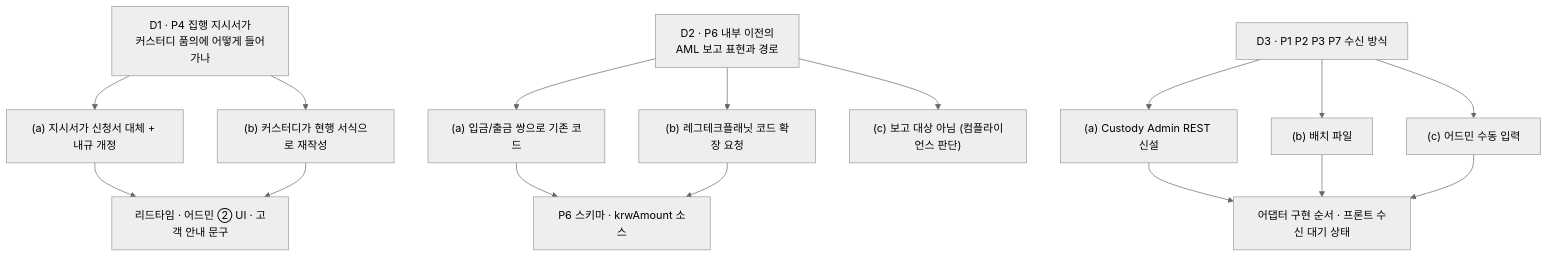
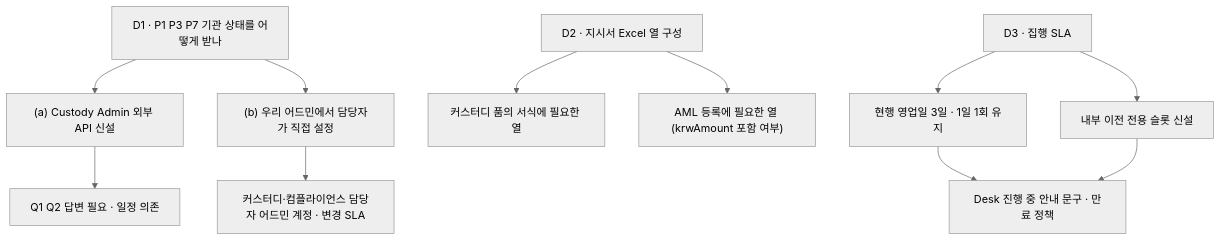
Before and after one commit to dsrvlabs/dsrv-desk: the seventh of 7 diagrams in drafts/36_플랫폼_커스터디_연동_범위_설명자료.md, drawn with Mermaid (neutral theme). The commit also changed other lines of this file and 1 other file, not shown here.

Commit message:
drafts/36 v2: 주고받는 방식 확정 4건 반영(지시서 Excel·txHash 입력·온체인 잔고 직접 조회·AML 보고 데이터 미제공), API 후보 7→3 · drafts/35 헤더에 v2 결정 메모

````diff
--- a/drafts/36_플랫폼_커스터디_연동_범위_설명자료.md
+++ b/drafts/36_플랫폼_커스터디_연동_범위_설명자료.md
@@ -282,16 +286,13 @@
 ```mermaid
 flowchart TD
-  D1["D1 · P4 집행 지시서가<br/>커스터디 품의에 어떻게 들어가나"]
-  D1 --> D1a["(a) 지시서가 신청서 대체 + 내규 개정"] & D1b["(b) 커스터디가 현행 서식으로 재작성"]
-  D1a --> E1["리드타임 · 어드민 ② UI · 고객 안내 문구"]
-  D1b --> E1
-  D2["D2 · P6 내부 이전의<br/>AML 보고 표현과 경로"]
-  D2 --> D2a["(a) 입금/출금 쌍으로 기존 코드"] & D2b["(b) 레그테크플래닛 코드 확장 요청"] & D2c["(c) 보고 대상 아님 (컴플라이언스 판단)"]
-  D2a --> E2["P6 스키마 · krwAmount 소스"]
-  D2b --> E2
-  D3["D3 · P1 P2 P3 P7 수신 방식"]
-  D3 --> D3a["(a) Custody Admin REST 신설"] & D3b["(b) 배치 파일"] & D3c["(c) 어드민 수동 입력"]
-  D3a --> E3["어댑터 구현 순서 · 프론트 수신 대기 상태"]
+  D1["D1 · P1 P3 P7 기관 상태를 어떻게 받나"]
+  D1 --> D1a["(a) Custody Admin 외부 API 신설"] & D1b["(b) 우리 어드민에서 담당자가 직접 설정"]
+  D1a --> E1["Q1 Q2 답변 필요 · 일정 의존"]
+  D1b --> E1b["커스터디·컴플라이언스 담당자 어드민 계정 · 변경 SLA"]
+  D2["D2 · 지시서 Excel 열 구성"]
+  D2 --> D2a["커스터디 품의 서식에 필요한 열"] & D2b["AML 등록에 필요한 열 (krwAmount 포함 여부)"]
+  D3["D3 · 집행 SLA"]
+  D3 --> D3a["현행 영업일 3일 · 1일 1회 유지"] & D3b["내부 이전 전용 슬롯 신설"]
+  D3a --> E3["Desk 진행 중 안내 문구 · 만료 정책"]
   D3b --> E3
-  D3c --> E3
 ```
````
